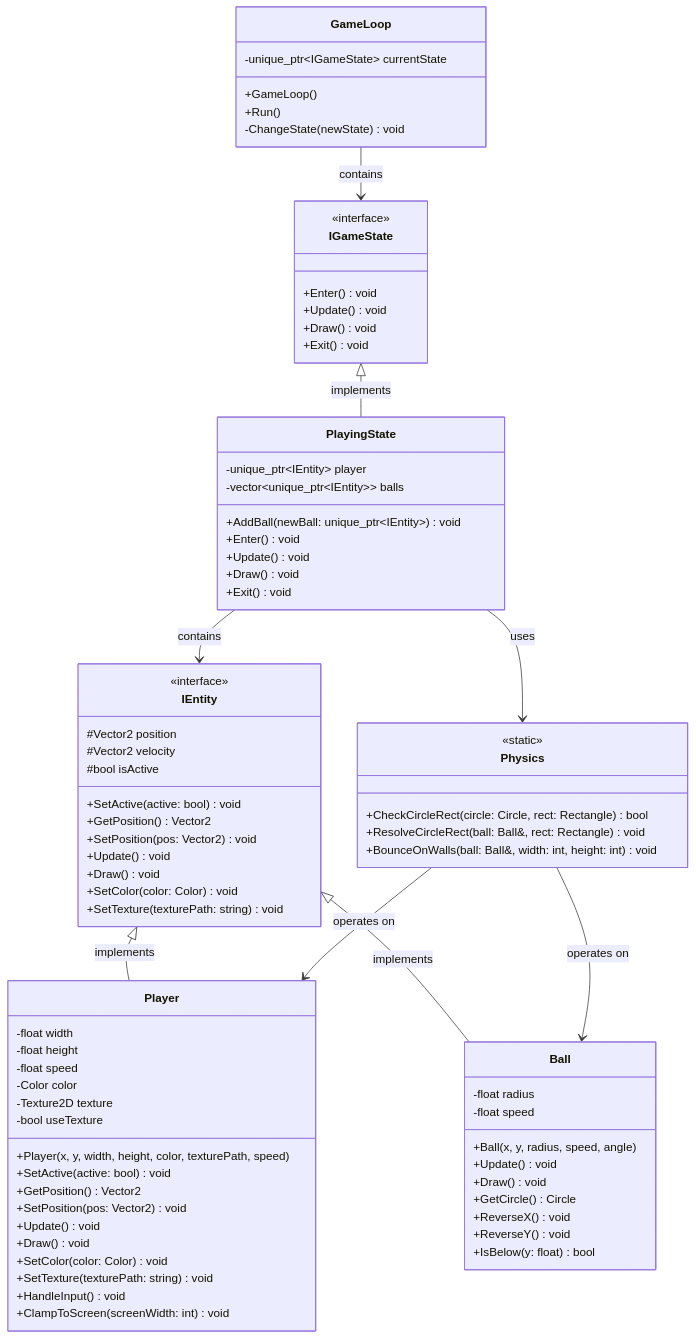
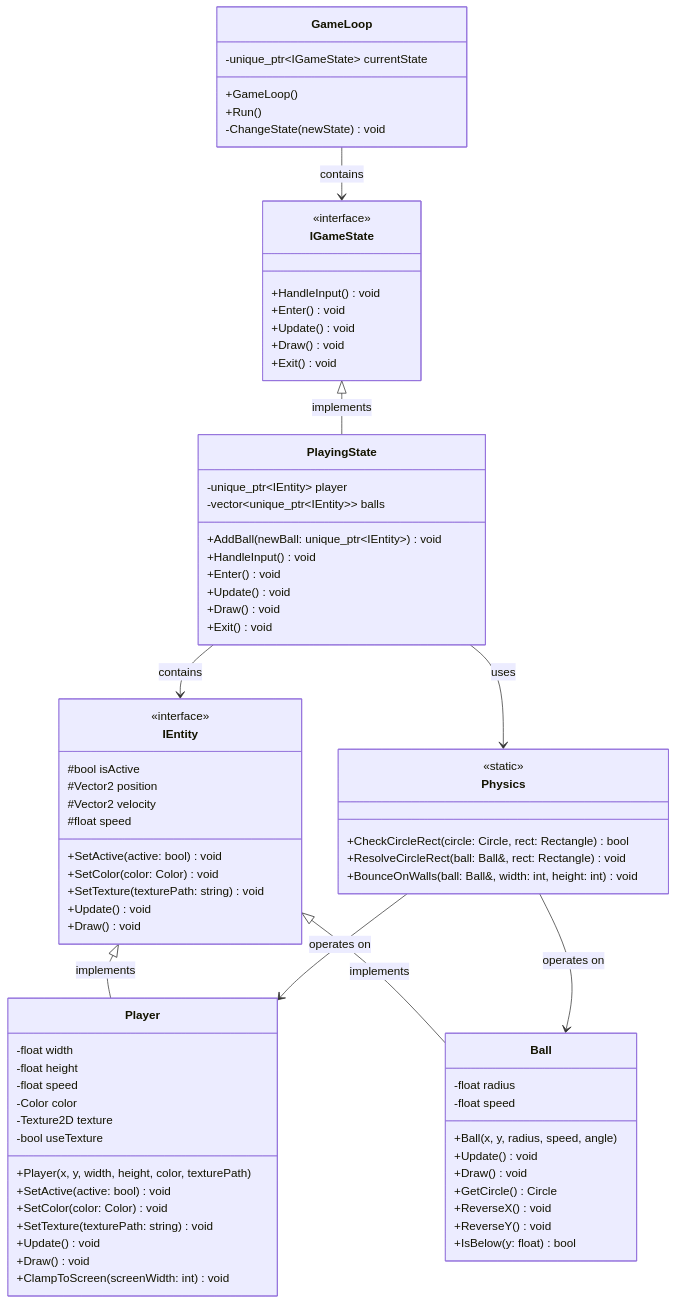
One commit to dciuca/cppang changed the diagram in diagrams/classDiagram.md. Above: the diagram before and after it, drawn with Mermaid. The commit also changed 9 other files, not shown here.

Commit message:
Moved the HandleInput from Player to the IGameState level (now each GameState has its own Inptu Handler)

```diff
--- a/diagrams/classDiagram.md
+++ b/diagrams/classDiagram.md
@@ -9,6 +9,7 @@
 
     class IGameState {
         <<interface>>
+        +HandleInput() void
         +Enter() void
         +Update() void
         +Draw() void
@@ -19,6 +20,7 @@
         -unique_ptr~IEntity~ player
         -vector~unique_ptr~IEntity~~ balls
         +AddBall(newBall: unique_ptr~IEntity~) void
+        +HandleInput() void
         +Enter() void
         +Update() void
         +Draw() void
@@ -27,16 +29,15 @@
 
     class IEntity {
         <<interface>>
+        #bool isActive
         #Vector2 position
         #Vector2 velocity
-        #bool isActive
+        #float speed
         +SetActive(active: bool) void
-        +GetPosition() Vector2
-        +SetPosition(pos: Vector2) void
+        +SetColor(color: Color) void
+        +SetTexture(texturePath: string) void
         +Update() void
         +Draw() void
-        +SetColor(color: Color) void
-        +SetTexture(texturePath: string) void
     }
 
     class Player {
@@ -46,15 +47,13 @@
         -Color color
         -Texture2D texture
         -bool useTexture
-        +Player(x, y, width, height, color, texturePath, speed)
+        +Player(x, y, width, height, color, texturePath)
         +SetActive(active: bool) void
-        +GetPosition() Vector2
-        +SetPosition(pos: Vector2) void
+        +SetColor(color: Color) void
+        +SetTexture(texturePath: string) void
         +Update() void
         +Draw() void
-        +SetColor(color: Color) void
-        +SetTexture(texturePath: string) void
-        +HandleInput() void
+        
         +ClampToScreen(screenWidth: int) void
     }
 
@@ -64,6 +63,7 @@
         +Ball(x, y, radius, speed, angle)
         +Update() void
         +Draw() void
+        
         +GetCircle() Circle
         +ReverseX() void
         +ReverseY() void
```
